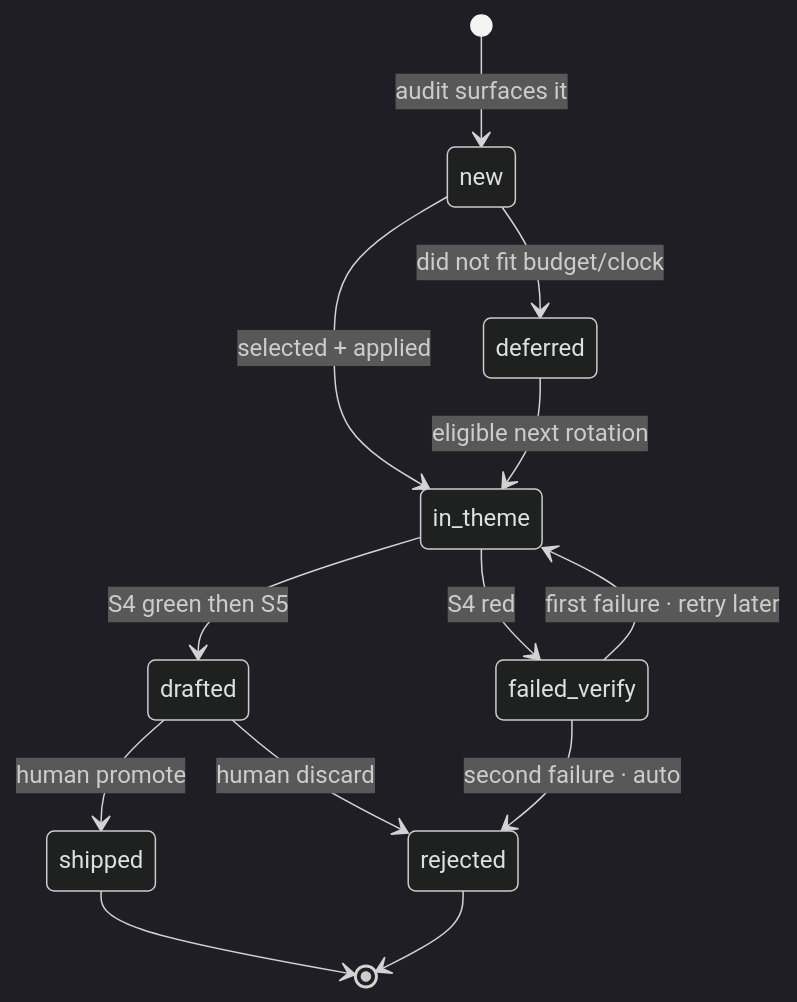
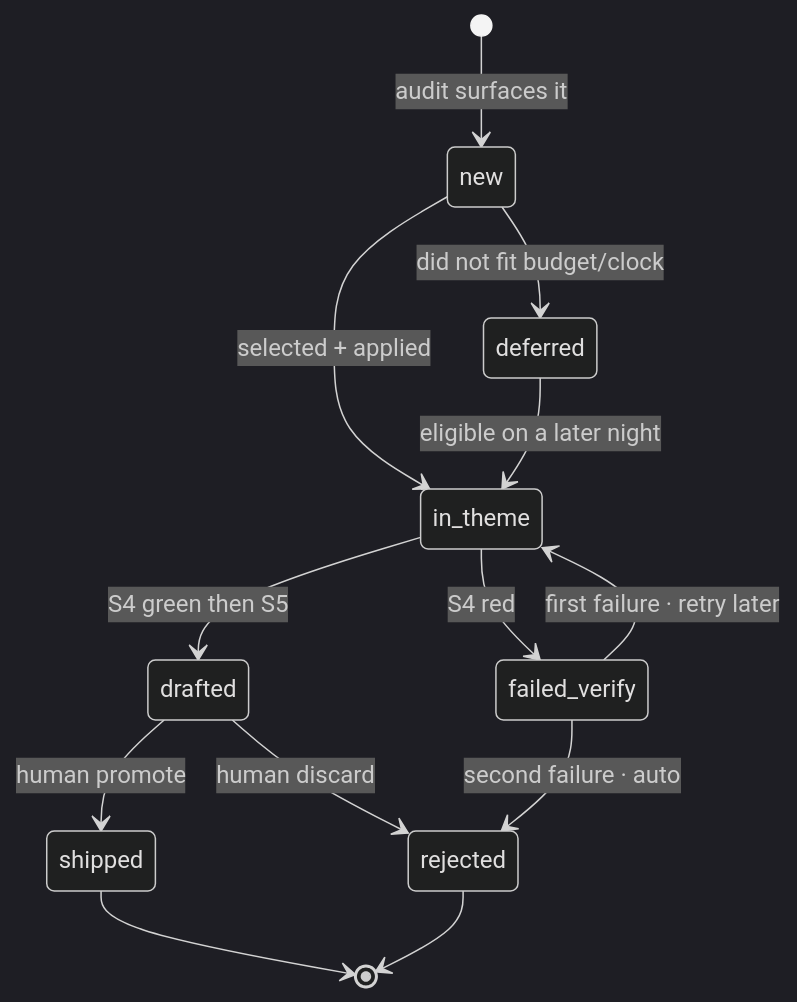
One commit to ayushmk7/NightShift changed the third of 4 diagrams in WORKFLOW.md. Above: the diagram before and after it, drawn with Mermaid (dark theme). The commit also changed other lines of this file and 21 other files, not shown here.

````diff
--- a/WORKFLOW.md
+++ b/WORKFLOW.md
@@ -172,15 +174,15 @@
 ```mermaid
 stateDiagram-v2
     [*] --> new: audit surfaces it
     new --> in_theme: selected + applied
     new --> deferred: did not fit budget/clock
-    deferred --> in_theme: eligible next rotation
+    deferred --> in_theme: eligible on a later night
     in_theme --> drafted: S4 green then S5
     in_theme --> failed_verify: S4 red
     failed_verify --> in_theme: first failure · retry later
     failed_verify --> rejected: second failure · auto
     drafted --> shipped: human promote
     drafted --> rejected: human discard
     shipped --> [*]
     rejected --> [*]
 ```
````
